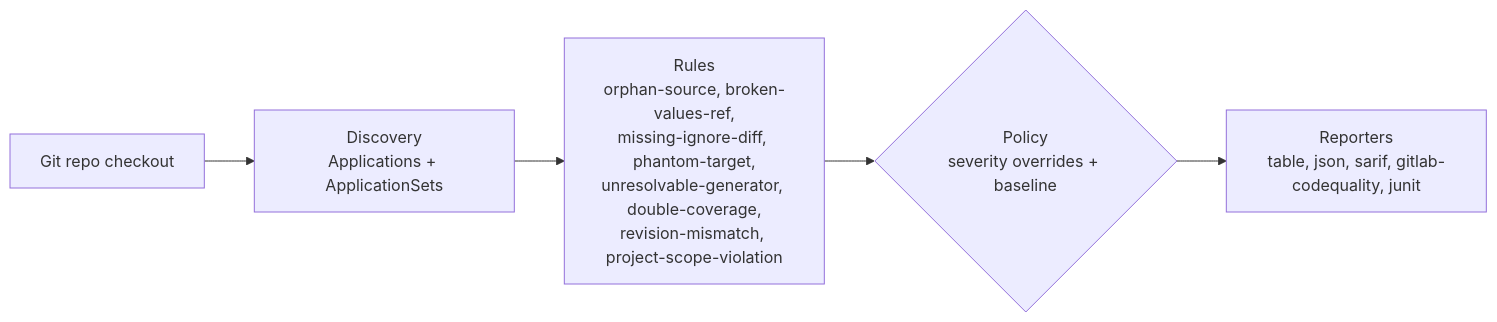
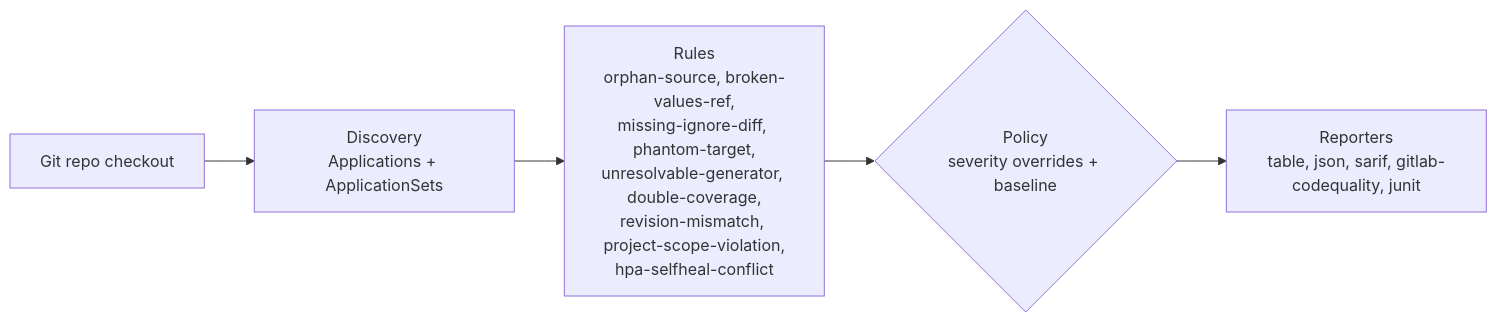
Before and after one commit to actions-marketplace-validations/gillesl-dev_argocd-source-lint: the diagram in README.md, drawn with Mermaid. The commit also changed other lines of this file and 12 other files, not shown here.

````diff
--- a/README.md
+++ b/README.md
@@ -69,7 +70,7 @@
 ```mermaid
 flowchart LR
     A["Git repo checkout"] --> B["Discovery<br/>Applications + ApplicationSets"]
-    B --> C["Rules<br/>orphan-source, broken-values-ref,<br/>missing-ignore-diff, phantom-target,<br/>unresolvable-generator, double-coverage,<br/>revision-mismatch, project-scope-violation"]
+    B --> C["Rules<br/>orphan-source, broken-values-ref,<br/>missing-ignore-diff, phantom-target,<br/>unresolvable-generator, double-coverage,<br/>revision-mismatch, project-scope-violation,<br/>hpa-selfheal-conflict"]
     C --> D{"Policy<br/>severity overrides + baseline"}
     D --> E["Reporters<br/>table, json, sarif, gitlab-codequality, junit"]
 ```
````
